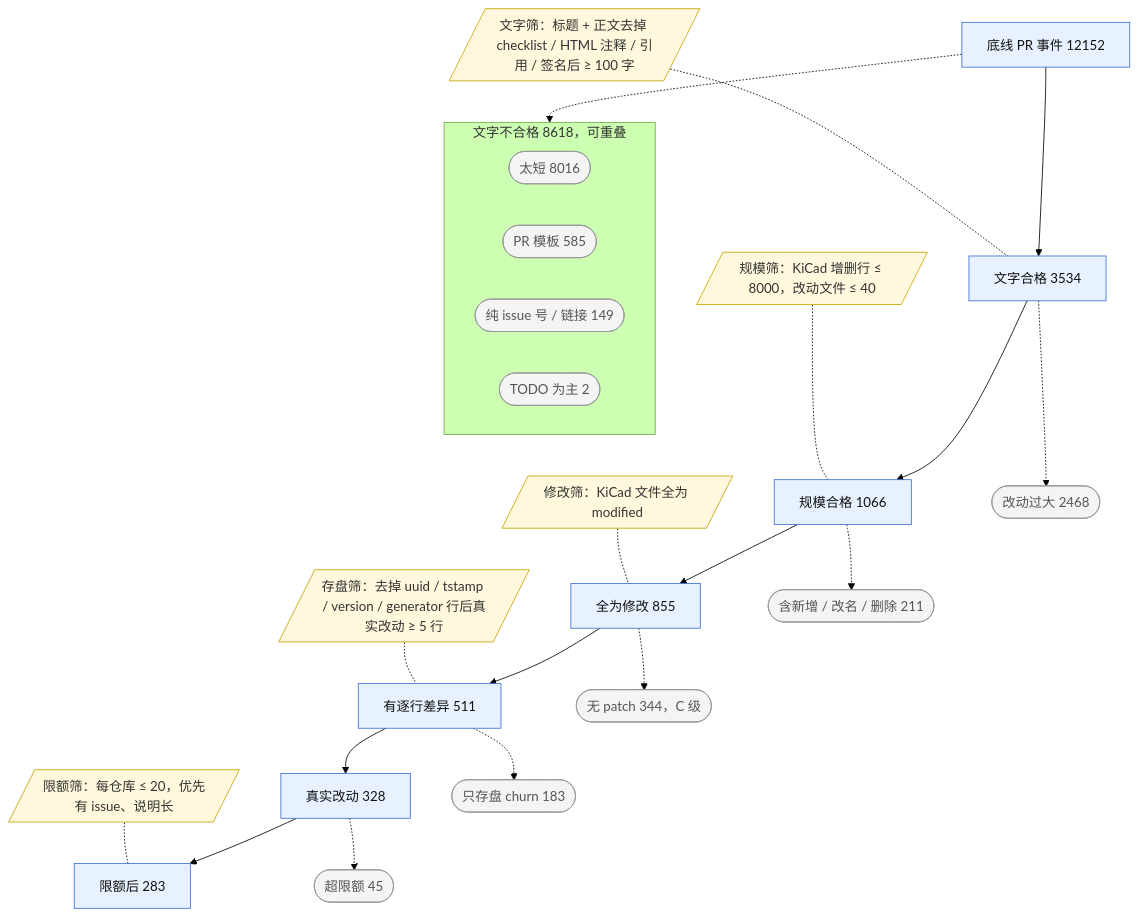
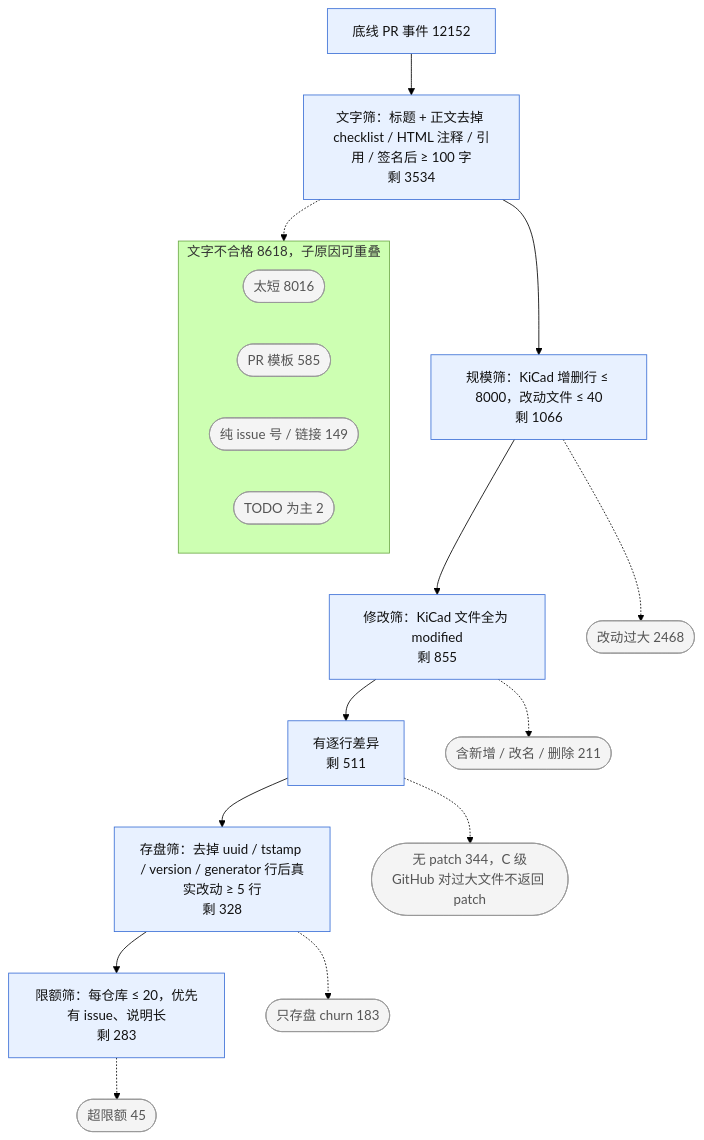
Before and after one commit to Xiafyjck/github_kicad_project_scout: the fourth of 5 diagrams in reports/progress_report.md, drawn with Mermaid (forest theme). The commit also changed other lines of this file, not shown here.

````diff
--- a/reports/progress_report.md
+++ b/reports/progress_report.md
@@ -245,45 +204,27 @@
 ```mermaid
 flowchart TB
-    classDef note fill:#fff8dc,stroke:#c9a400,color:#333
     classDef exit fill:#f4f4f4,stroke:#999,color:#555
     classDef keep fill:#e8f1ff,stroke:#3b6fd6,color:#111
 
-    Nb[/"文字筛：标题 + 正文去掉 checklist / HTML 注释 / 引用 / 签名后 ≥ 100 字"/]:::note
-    Nc[/"规模筛：KiCad 增删行 ≤ 8000，改动文件 ≤ 40"/]:::note
-    Nd[/"修改筛：KiCad 文件全为 modified"/]:::note
-    Ne[/"存盘筛：去掉 uuid / tstamp / version / generator 行后真实改动 ≥ 5 行"/]:::note
-    Nf[/"限额筛：每仓库 ≤ 20，优先有 issue、说明长"/]:::note
+    P3[底线 PR 事件 12152]:::keep
+    P3 --> P4[文字筛：标题 + 正文去掉 checklist / HTML 注释 / 引用 / 签名后 ≥ 100 字<br/>剩 3534]:::keep
+    P4 --> P5[规模筛：KiCad 增删行 ≤ 8000，改动文件 ≤ 40<br/>剩 1066]:::keep
+    P5 --> P6[修改筛：KiCad 文件全为 modified<br/>剩 855]:::keep
+    P6 --> P7[有逐行差异<br/>剩 511]:::keep
+    P7 --> P8[存盘筛：去掉 uuid / tstamp / version / generator 行后真实改动 ≥ 5 行<br/>剩 328]:::keep
+    P8 --> P9[限额筛：每仓库 ≤ 20，优先有 issue、说明长<br/>剩 283]:::keep
 
-    P3[底线 PR 事件 12152]:::keep
-    P4[文字合格 3534]:::keep
-    P5[规模合格 1066]:::keep
-    P6[全为修改 855]:::keep
-    P7[有逐行差异 511]:::keep
-    P8[真实改动 328]:::keep
-    P9[限额后 283]:::keep
-    subgraph TX[文字不合格 8618，可重叠]
+    subgraph TX[文字不合格 8618，子原因可重叠]
         direction LR
         PX4a([太短 8016]):::exit
         PX4b([PR 模板 585]):::exit
         PX4c([纯 issue 号 / 链接 149]):::exit
         PX4d([TODO 为主 2]):::exit
     end
-    PX5([改动过大 2468]):::exit
-    PX6([含新增 / 改名 / 删除 211]):::exit
-    PX7([无 patch 344，C 级]):::exit
-    PX8([只存盘 churn 183]):::exit
-    PX9([超限额 45]):::exit
-
-    Nb -.- P4
-    Nc -.- P5
-    Nd -.- P6
-    Ne -.- P7
-    Nf -.- P9
-    P3 --> P4 --> P5 --> P6 --> P7 --> P8 --> P9
-    P3 -.-> TX
-    P4 -.-> PX5
-    P5 -.-> PX6
-    P6 -.-> PX7
-    P7 -.-> PX8
-    P8 -.-> PX9
+    P4 -.-> TX
+    P5 -.-> PX5([改动过大 2468]):::exit
+    P6 -.-> PX6([含新增 / 改名 / 删除 211]):::exit
+    P7 -.-> PX7([无 patch 344，C 级<br/>GitHub 对过大文件不返回 patch]):::exit
+    P8 -.-> PX8([只存盘 churn 183]):::exit
+    P9 -.-> PX9([超限额 45]):::exit
 ```
````
